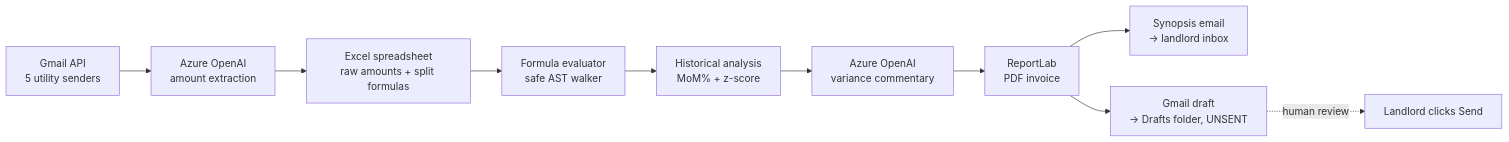
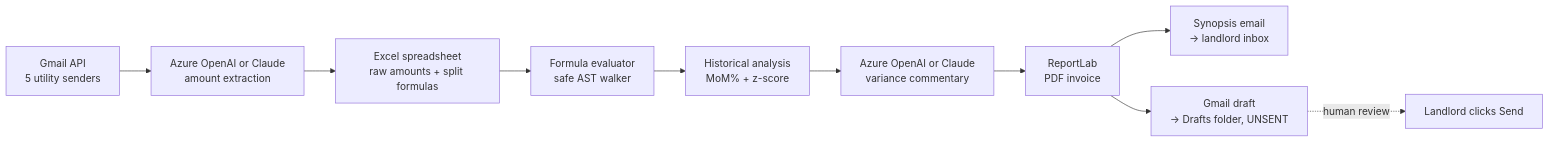
One commit to iandsherwood/azure-openai-billing-assistant changed the diagram in README.md. Above: the diagram before and after it, drawn with Mermaid. The commit also changed other lines of this file and 7 other files, not shown here.

````diff
--- a/README.md
+++ b/README.md
@@ -70,12 +72,12 @@
 ```mermaid
 flowchart LR
-    A[Gmail API<br/>5 utility senders] --> B[Azure OpenAI<br/>amount extraction]
+    A[Gmail API<br/>5 utility senders] --> B[Azure OpenAI or Claude<br/>amount extraction]
     B --> C[Excel spreadsheet<br/>raw amounts + split formulas]
     C --> D[Formula evaluator<br/>safe AST walker]
     D --> E[Historical analysis<br/>MoM% + z-score]
-    E --> F[Azure OpenAI<br/>variance commentary]
+    E --> F[Azure OpenAI or Claude<br/>variance commentary]
     F --> G[ReportLab<br/>PDF invoice]
     G --> H[Synopsis email<br/>→ landlord inbox]
     G --> I[Gmail draft<br/>→ Drafts folder, UNSENT]
     I -.human review.-> J[Landlord clicks Send]
 ```
````
